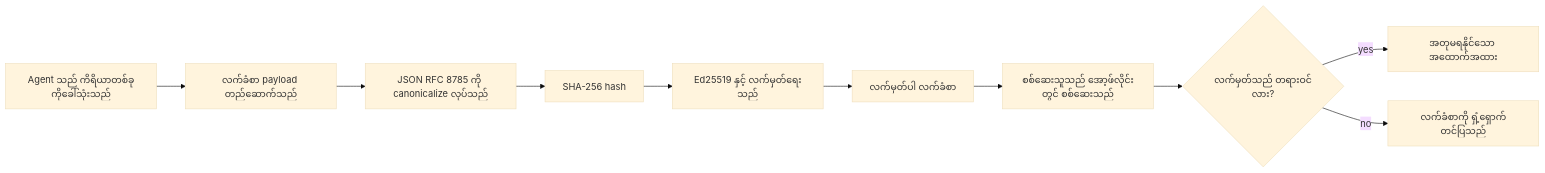
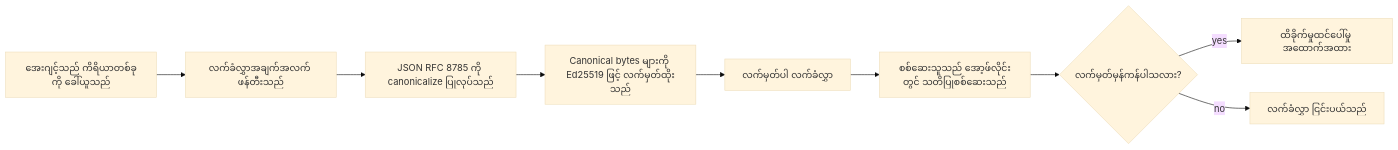
The first of 2 diagrams in translations/my/18-securing-ai-agents/README.md (microsoft/ai-agents-for-beginners), drawn with Mermaid (base theme) before and after one commit. The commit also changed other lines of this file and 45 other files, not shown here.

````diff
--- a/translations/my/18-securing-ai-agents/README.md
+++ b/translations/my/18-securing-ai-agents/README.md
@@ -51,12 +51,11 @@
 ```mermaid
 flowchart LR
-    A[Agent သည် ကိရိယာတစ်ခုကိုခေါ်သုံးသည်] --> B[လက်ခံစာ payload တည်ဆောက်သည်]
-    B --> C[JSON RFC 8785 ကို canonicalize လုပ်သည်]
-    C --> D[SHA-256 hash]
-    D --> E[Ed25519 နှင့် လက်မှတ်ရေးသည်]
-    E --> F[လက်မှတ်ပါ လက်ခံစာ]
-    F --> G[စစ်ဆေးသူသည် အော့ဖ်လိုင်းတွင် စစ်ဆေးသည်]
-    G --> H{လက်မှတ်သည် တရားဝင်လား?}
-    H -- yes --> I[အတုမရနိုင်သော အထောက်အထား]
-    H -- no --> J[လက်ခံစာကို ရှံ့ရှောက်တင်ပြသည်]
+    A[အေးဂျင့်သည် ကိရိယာတစ်ခုကို ခေါ်ယူသည်] --> B[လက်ခံလွှာအချက်အလက် ဖန်တီးသည်]
+    B --> C[JSON RFC 8785 ကို canonicalize ပြုလုပ်သည်]
+    C --> E[Canonical bytes များကို Ed25519 ဖြင့် လက်မှတ်ထိုးသည်]
+    E --> F[လက်မှတ်ပါ လက်ခံလွှာ]
+    F --> G[စစ်ဆေးသူသည် အော့ဖ်လိုင်းတွင် သတိပြုစစ်ဆေးသည်]
+    G --> H{လက်မှတ်မှန်ကန်ပါသလား?}
+    H -- yes --> I[ထိခိုက်မှုထင်ပေါ်မှု အထောက်အထား]
+    H -- no --> J[လက်ခံလွှာ ငြင်းပယ်သည်]
 ```
````
